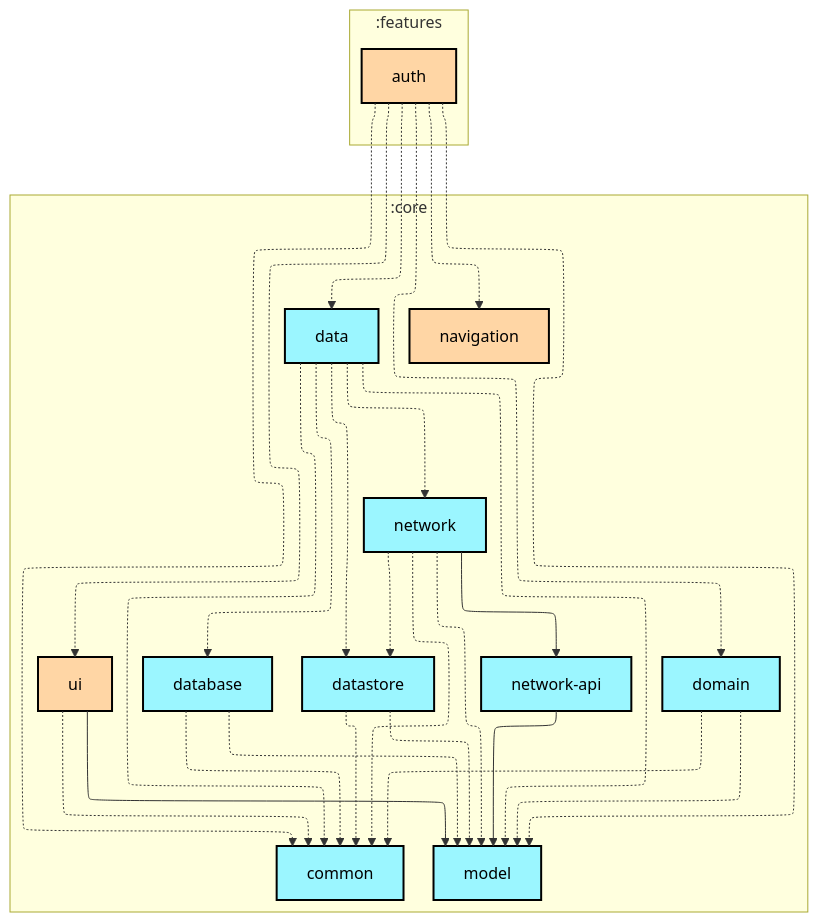
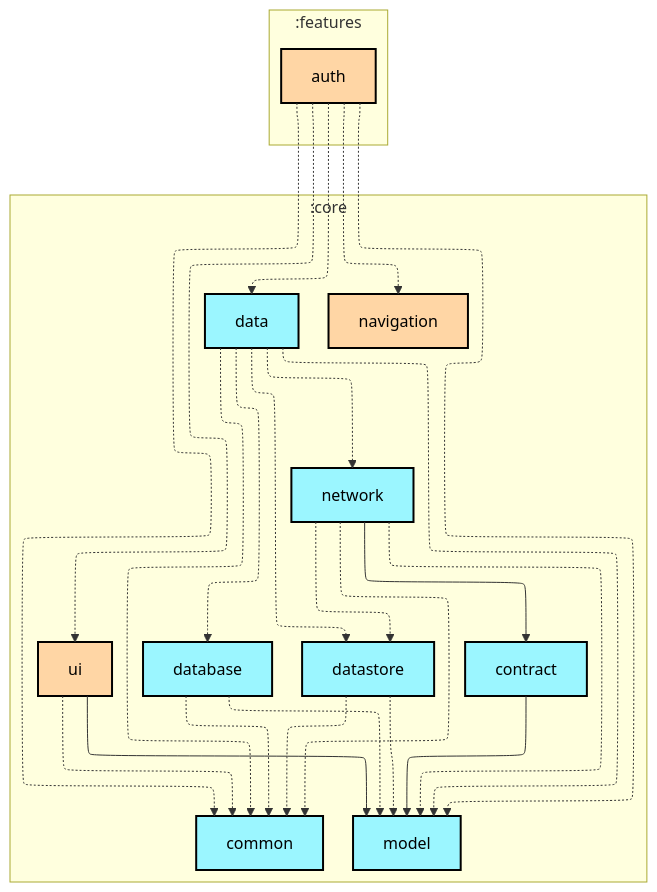
Before and after one commit to woods-marshes/chat-multiplatform: the first of 2 diagrams in features/auth/README.md, drawn with Mermaid. The commit also changed 58 other files, not shown here.

Commit message:
build: rename core:network-api module to core:contract

````diff
--- a/features/auth/README.md
+++ b/features/auth/README.md
@@ -6,58 +6,54 @@
 ```mermaid
 ---
 config:
   layout: elk
   elk:
     nodePlacementStrategy: SIMPLE
 ---
 graph TB
   subgraph :features
     direction TB
     :features:auth[auth]:::compose-multiplatform
   end
   subgraph :core
     direction TB
     :core:common[common]:::kotlin-multiplatform
+    :core:contract[contract]:::kotlin-multiplatform
     :core:data[data]:::kotlin-multiplatform
     :core:database[database]:::kotlin-multiplatform
     :core:datastore[datastore]:::kotlin-multiplatform
-    :core:domain[domain]:::kotlin-multiplatform
     :core:model[model]:::kotlin-multiplatform
     :core:navigation[navigation]:::compose-multiplatform
     :core:network[network]:::kotlin-multiplatform
-    :core:network-api[network-api]:::kotlin-multiplatform
     :core:ui[ui]:::compose-multiplatform
   end
 
+  :core:contract --> :core:model
   :core:data -.-> :core:common
   :core:data -.-> :core:database
   :core:data -.-> :core:datastore
   :core:data -.-> :core:model
   :core:data -.-> :core:network
   :core:database -.-> :core:common
   :core:database -.-> :core:model
   :core:datastore -.-> :core:common
   :core:datastore -.-> :core:model
-  :core:domain -.-> :core:common
-  :core:domain -.-> :core:model
   :core:network -.-> :core:common
+  :core:network --> :core:contract
   :core:network -.-> :core:datastore
   :core:network -.-> :core:model
-  :core:network --> :core:network-api
-  :core:network-api --> :core:model
   :core:ui -.-> :core:common
   :core:ui --> :core:model
   :features:auth -.-> :core:common
   :features:auth -.-> :core:data
-  :features:auth -.-> :core:domain
   :features:auth -.-> :core:model
   :features:auth -.-> :core:navigation
   :features:auth -.-> :core:ui
 
 classDef android-application fill:#CAFFBF,stroke:#000,stroke-width:2px,color:#000;
 classDef desktop-application fill:#BDB2FF,stroke:#000,stroke-width:2px,color:#000;
 classDef compose-multiplatform fill:#FFD6A5,stroke:#000,stroke-width:2px,color:#000;
 classDef ktor-server fill:#FDFFB6,stroke:#000,stroke-width:2px,color:#000;
 classDef kotlin-multiplatform fill:#9BF6FF,stroke:#000,stroke-width:2px,color:#000;
 classDef unknown fill:#FFADAD,stroke:#000,stroke-width:2px,color:#000;
 ```
````
